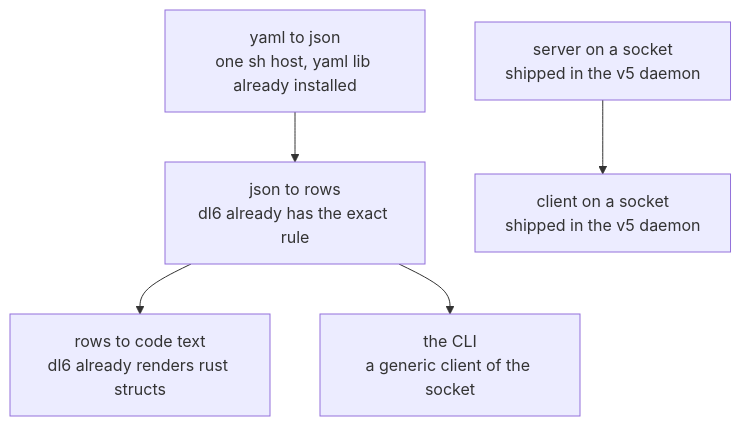
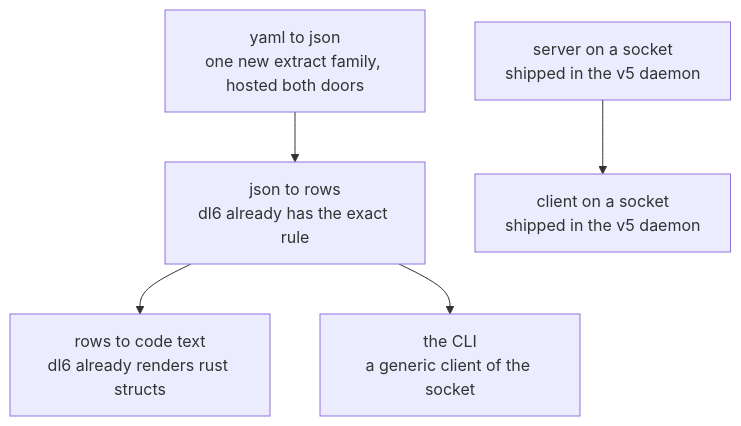
Before and after one commit to hafley66/sprefa: the third of 5 diagrams in plans/2026-08-17-openapi-clap-uds.PLAN.visual.human.unga.md, drawn with Mermaid. The commit also changed other lines of this file and 1 other file, not shown here.

Commit message:
plan: yaml is a sprefa-extract family hosted on both doors

````diff
--- a/plans/2026-08-17-openapi-clap-uds.PLAN.visual.human.unga.md
+++ b/plans/2026-08-17-openapi-clap-uds.PLAN.visual.human.unga.md
@@ -46,12 +46,12 @@
 ```mermaid
 flowchart TD
-  A["yaml to json<br/>one sh host, yaml lib already installed"]
+  A["yaml to json<br/>one new extract family, hosted both doors"]
   B["json to rows<br/>dl6 already has the exact rule"]
   C["rows to code text<br/>dl6 already renders rust structs"]
   D["server on a socket<br/>shipped in the v5 daemon"]
   E["client on a socket<br/>shipped in the v5 daemon"]
   F["the CLI<br/>a generic client of the socket"]
   A --> B --> C
   B --> F
   D --> E
 ```
````
